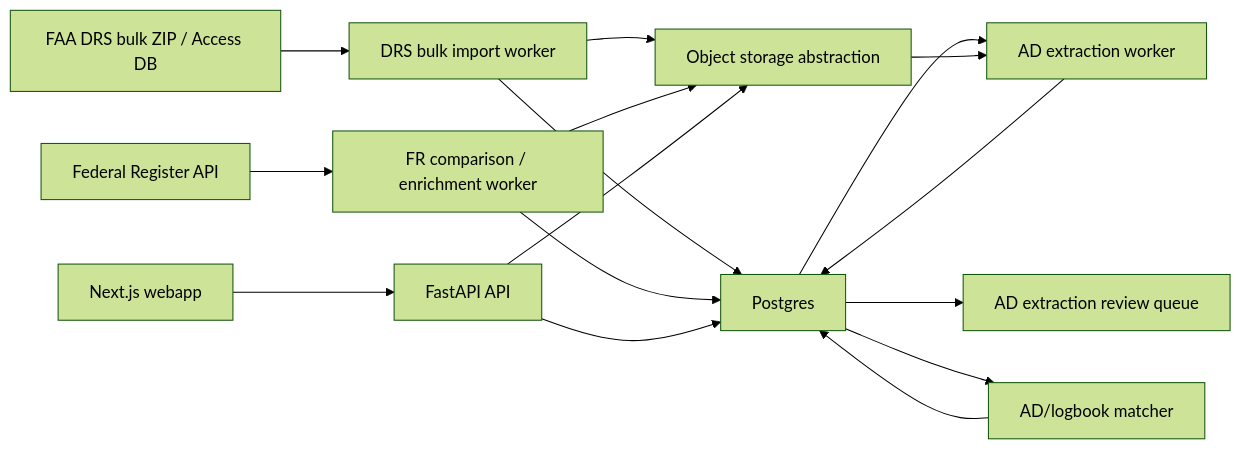
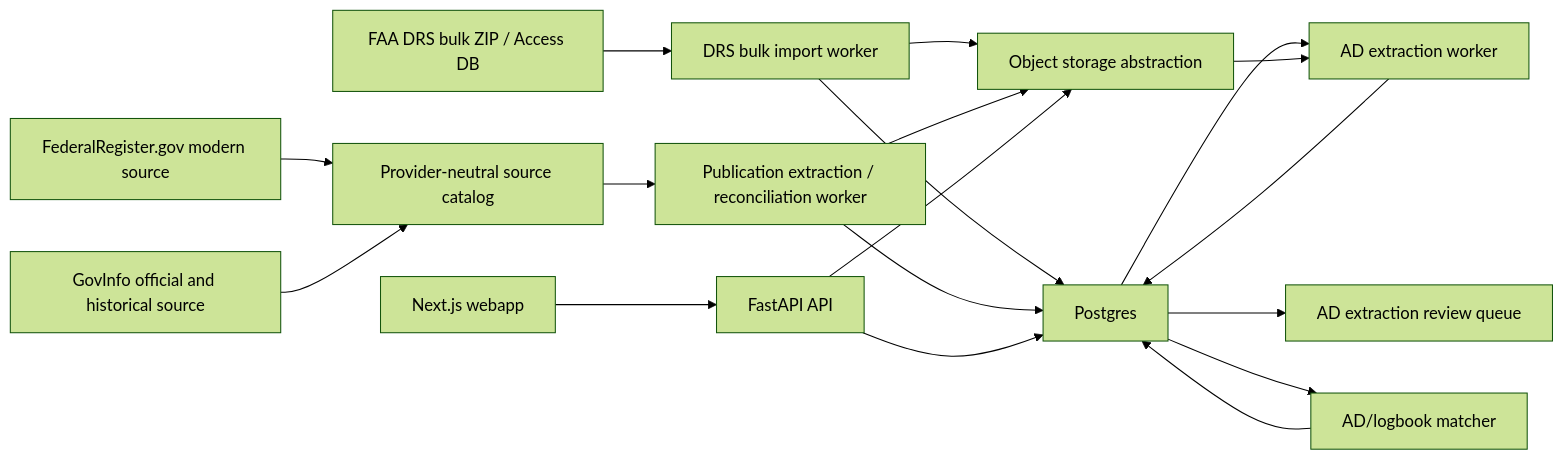
The diagram in .ai/AD_INGESTION_MVP_SPEC.md (Trent-pivotallift/paprnav), drawn with Mermaid (forest theme) before and after one commit. The commit also changed other lines of this file and 5 other files, not shown here.

Commit message:
docs: define local AD source catalog proof

````diff
--- a/.ai/AD_INGESTION_MVP_SPEC.md
+++ b/.ai/AD_INGESTION_MVP_SPEC.md
@@ -65,18 +110,20 @@
 ```mermaid
 flowchart LR
   DRS["FAA DRS bulk ZIP / Access DB"] --> Importer["DRS bulk import worker"]
   Importer --> DB["Postgres"]
   Importer --> Obj["Object storage abstraction"]
-  FR["Federal Register API"] --> Enrich["FR comparison / enrichment worker"]
+  FR["FederalRegister.gov modern source"] --> Catalog["Provider-neutral source catalog"]
+  GI["GovInfo official and historical source"] --> Catalog
+  Catalog --> Enrich["Publication extraction / reconciliation worker"]
   Enrich --> DB
   Enrich --> Obj
   DB --> Extract["AD extraction worker"]
   Obj --> Extract
   Extract --> DB
   DB --> Review["AD extraction review queue"]
   DB --> Match["AD/logbook matcher"]
   Match --> DB
   Web["Next.js webapp"] --> API["FastAPI API"]
   API --> DB
   API --> Obj
 ```
````
